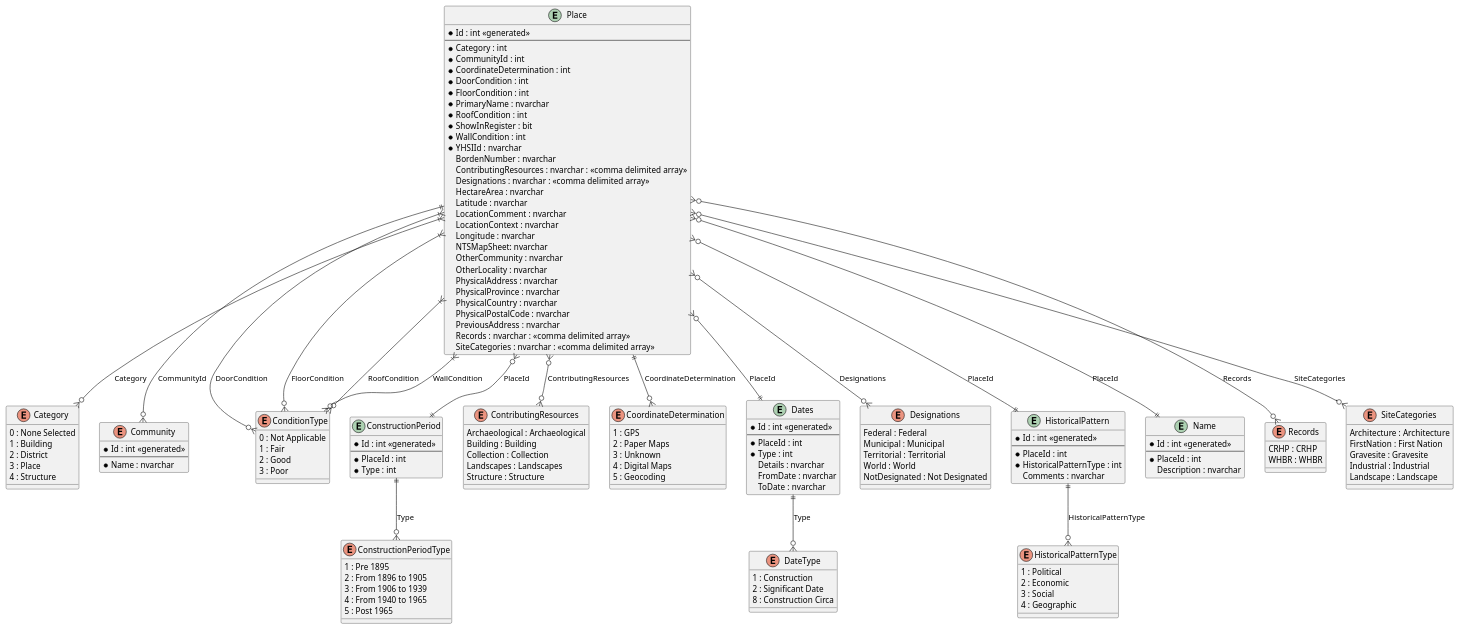
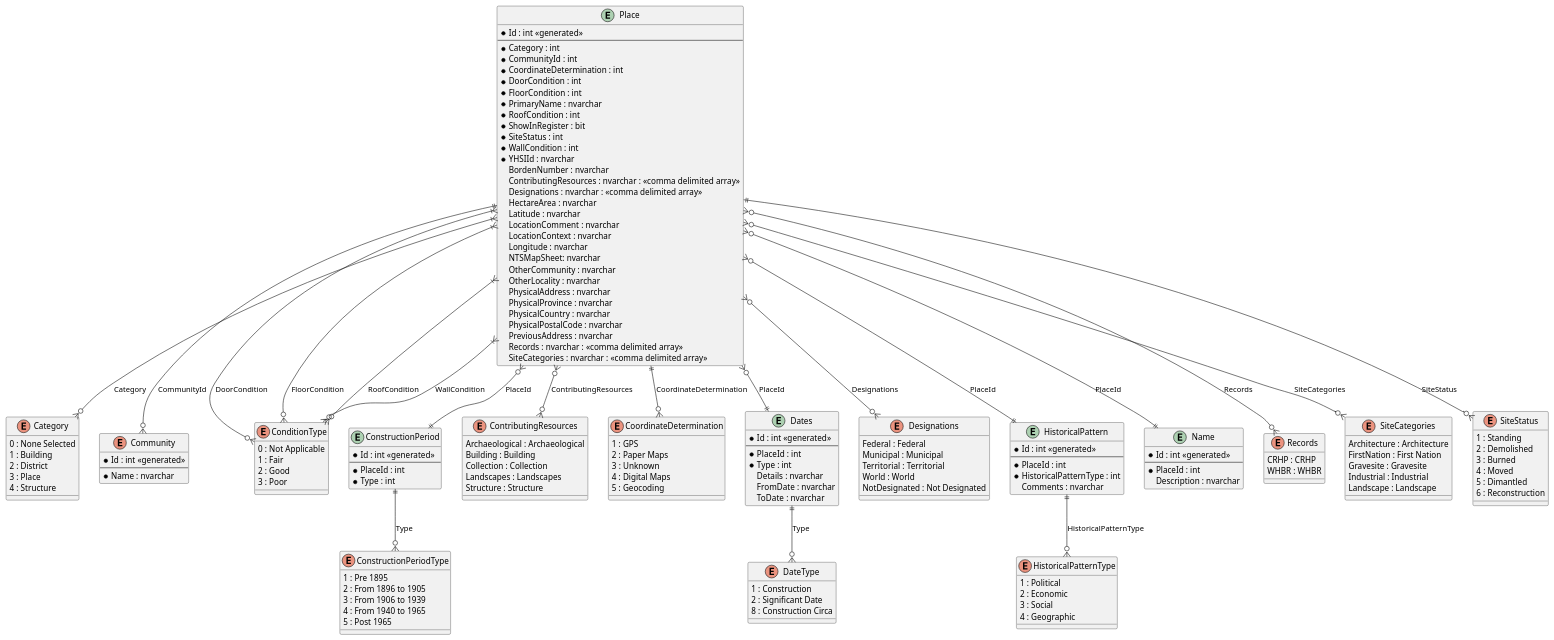
One commit to ytgov/yhsi changed the diagram in Design/change-tracking-and-approvals-data-modeling.wsd. Above: the diagram before and after it, drawn with PlantUML. The commit also changed 1 other file, not shown here.

Commit message:
:memo: Add SiteStatus entity modeling.

```diff
--- a/Design/change-tracking-and-approvals-data-modeling.wsd
+++ b/Design/change-tracking-and-approvals-data-modeling.wsd
@@ -1,166 +1,177 @@
 @startuml
 
 entity "Place" as place {
   * Id : int <<generated>>
   --
   * Category : int
   * CommunityId : int
   * CoordinateDetermination : int
   * DoorCondition : int
   * FloorCondition : int
   * PrimaryName : nvarchar
   * RoofCondition : int
   * ShowInRegister : bit
+  * SiteStatus : int
   * WallCondition : int
   * YHSIId : nvarchar
   BordenNumber : nvarchar
   ContributingResources : nvarchar : <<comma delimited array>>
   Designations : nvarchar : <<comma delimited array>>
   HectareArea : nvarchar
   Latitude : nvarchar
   LocationComment : nvarchar
   LocationContext : nvarchar
   Longitude : nvarchar
   NTSMapSheet: nvarchar
   OtherCommunity : nvarchar
   OtherLocality : nvarchar
   PhysicalAddress : nvarchar
   PhysicalProvince : nvarchar
   PhysicalCountry : nvarchar
   PhysicalPostalCode : nvarchar
   PreviousAddress : nvarchar
   Records : nvarchar : <<comma delimited array>>
   SiteCategories : nvarchar : <<comma delimited array>>
 }
 
 enum "Category" as category {
   0 : None Selected
   1 : Building
   2 : District
   3 : Place
   4 : Structure
 }
 
 enum "Community" as community {
   * Id : int <<generated>>
   --
   * Name : nvarchar
 }
 
 enum "ConditionType" as condition_type {
   0 : Not Applicable
   1 : Fair
   2 : Good
   3 : Poor
 }
 
 entity "ConstructionPeriod" as construction_period {
   * Id : int <<generated>>
   --
   * PlaceId : int
   * Type : int
 }
 
 enum "ConstructionPeriodType" as construction_period_type {
   1 : Pre 1895
   2 : From 1896 to 1905
   3 : From 1906 to 1939
   4 : From 1940 to 1965
   5 : Post 1965
 }
 
 enum "ContributingResources" as contributing_resources {
   Archaeological : Archaeological
   Building : Building
   Collection : Collection
   Landscapes : Landscapes
   Structure : Structure
 }
 
 enum "CoordinateDetermination" as coordinate_determination {
   1 : GPS
   2 : Paper Maps
   3 : Unknown
   4 : Digital Maps
   5 : Geocoding
 }
 
 entity "Dates" as dates {
   * Id : int <<generated>>
   --
   * PlaceId : int
   * Type : int
   Details : nvarchar
   FromDate : nvarchar
   ToDate : nvarchar
 }
 
 enum "DateType" as date_type {
   1 : Construction
   2 : Significant Date
   8 : Construction Circa
 }
 
 enum "Designations" as designations {
   Federal : Federal
   Municipal : Municipal
   Territorial : Territorial
   World : World
   NotDesignated : Not Designated
 }
 
 entity "HistoricalPattern" as historical_pattern {
   * Id : int <<generated>>
   --
   * PlaceId : int
   * HistoricalPatternType : int
   Comments : nvarchar
 }
 
 enum "HistoricalPatternType" as historical_pattern_type {
   1 : Political
   2 : Economic
   3 : Social
   4 : Geographic
 }
 
 entity "Name" as name {
   * Id : int <<generated>>
   --
   * PlaceId : int
   Description : nvarchar
 }
 
 enum "Records" as records {
   CRHP : CRHP
   WHBR : WHBR
 }
 
 enum "SiteCategories" as site_categories {
   Architecture : Architecture
   FirstNation : First Nation
   Gravesite : Gravesite
   Industrial : Industrial
   Landscape : Landscape
 }
 
+enum "SiteStatus" as site_status {
+ 1 : Standing
+ 2 : Demolished
+ 3 : Burned
+ 4 : Moved
+ 5 : Dimantled
+ 6 : Reconstruction
+}
+
 place }|--o{ category : Category
 place ||--o{ community : CommunityId
 place }|--o{ condition_type : DoorCondition
 place }|--o{ condition_type : FloorCondition
 place }|--o{ condition_type : RoofCondition
 place }|--o{ condition_type : WallCondition
 place }o--|| construction_period : PlaceId
 place }o--o{ contributing_resources : ContributingResources
 place ||--o{ coordinate_determination : CoordinateDetermination
 place }o--|| dates : PlaceId
 place }o--o{ designations : Designations
 place }o--|| historical_pattern : PlaceId
 place }o--|| name : PlaceId
 place }o--o{ records : Records
 place }o--o{ site_categories : SiteCategories
+place ||--o{ site_status : SiteStatus
 historical_pattern ||--o{ historical_pattern_type : HistoricalPatternType
 dates ||--o{ date_type : Type
 construction_period ||--o{ construction_period_type : Type
 
 @enduml
```
